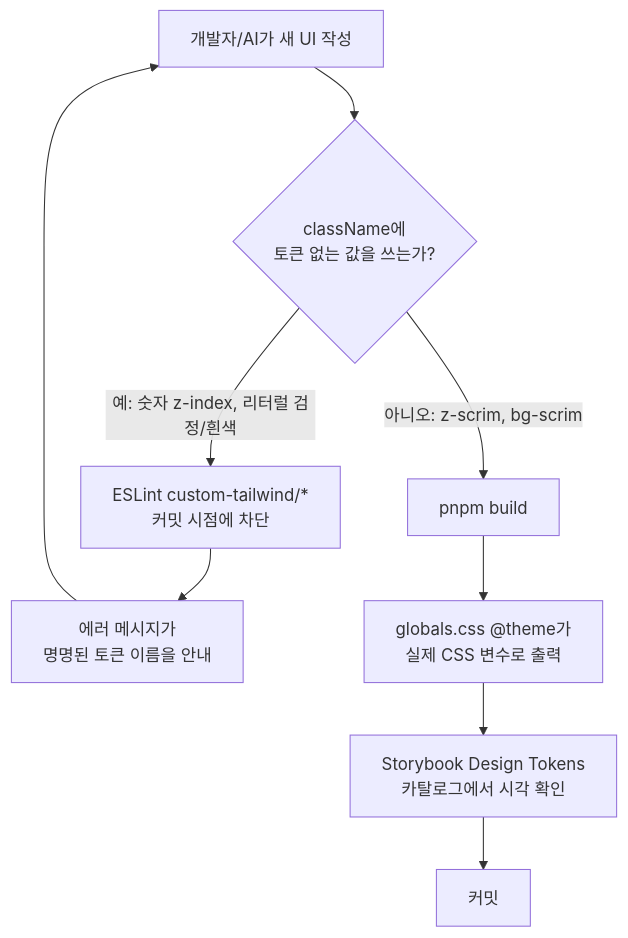
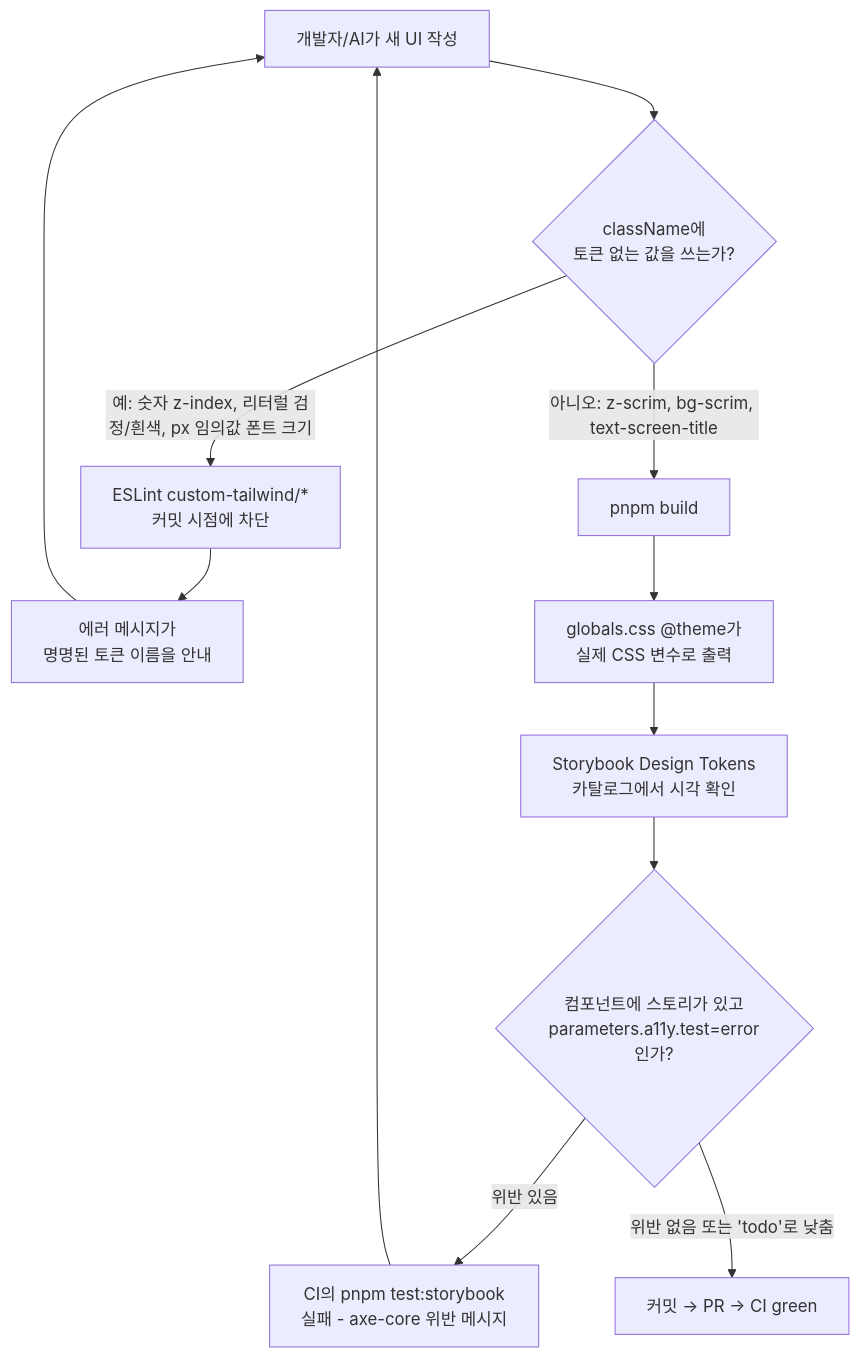
The first of 2 diagrams in docs/DESIGN-SYSTEM.md (BAECHAN/link-sphere_FE_NEW), drawn with Mermaid before and after one commit. The commit also changed other lines of this file and 17 other files, not shown here.

````diff
--- a/docs/DESIGN-SYSTEM.md
+++ b/docs/DESIGN-SYSTEM.md
@@ -30,11 +34,14 @@
 ```mermaid
 flowchart TD
     A["개발자/AI가 새 UI 작성"] --> B{"className에<br/>토큰 없는 값을 쓰는가?"}
-    B -->|"예: 숫자 z-index, 리터럴 검정/흰색"| C["ESLint custom-tailwind/*<br/>커밋 시점에 차단"]
+    B -->|"예: 숫자 z-index, 리터럴 검정/흰색, px 임의값 폰트 크기"| C["ESLint custom-tailwind/*<br/>커밋 시점에 차단"]
     C --> D["에러 메시지가<br/>명명된 토큰 이름을 안내"]
     D --> A
-    B -->|"아니오: z-scrim, bg-scrim"| E["pnpm build"]
+    B -->|"아니오: z-scrim, bg-scrim, text-screen-title"| E["pnpm build"]
     E --> F["globals.css @theme가<br/>실제 CSS 변수로 출력"]
     F --> G["Storybook Design Tokens<br/>카탈로그에서 시각 확인"]
-    G --> H["커밋"]
+    G --> I{"컴포넌트에 스토리가 있고<br/>parameters.a11y.test=error인가?"}
+    I -->|"위반 있음"| J["CI의 pnpm test:storybook<br/>실패 - axe-core 위반 메시지"]
+    J --> A
+    I -->|"위반 없음 또는 'todo'로 낮춤"| H["커밋 → PR → CI green"]
 ```
````
